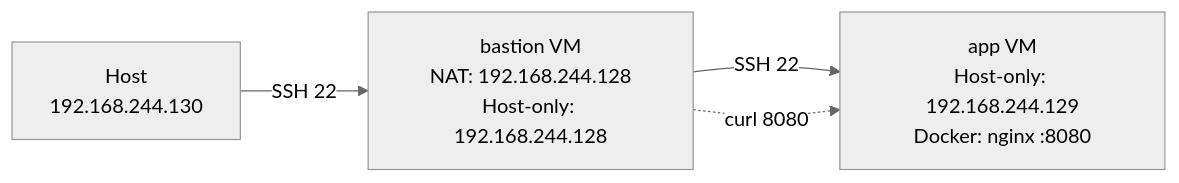
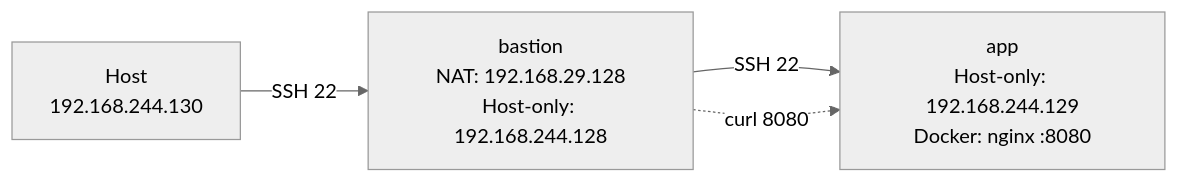
One commit to kevin083177/411630907_TKUCVT changed the diagram in midterm_411630907/README.md. Above: the diagram before and after it, drawn with Mermaid (neutral theme).

Commit message:
docs(README.md): modify flowchart

````diff
--- a/midterm_411630907/README.md
+++ b/midterm_411630907/README.md
@@ -4,10 +4,10 @@
 ```mermaid
 flowchart LR
     Host["Host\n192.168.244.130"]
-    Bastion["bastion VM\nNAT: 192.168.244.128\nHost-only: 192.168.244.128"]
-    App["app VM\nHost-only: 192.168.244.129\nDocker: nginx :8080"]
+    Bastion["bastion\nNAT: 192.168.29.128\nHost-only: 192.168.244.128"]
+    App["app\nHost-only: 192.168.244.129\nDocker: nginx :8080"]
 
     Host -- "SSH 22" --> Bastion
     Bastion -- "SSH 22" --> App
     Bastion -. "curl 8080" .-> App
 ```
````
